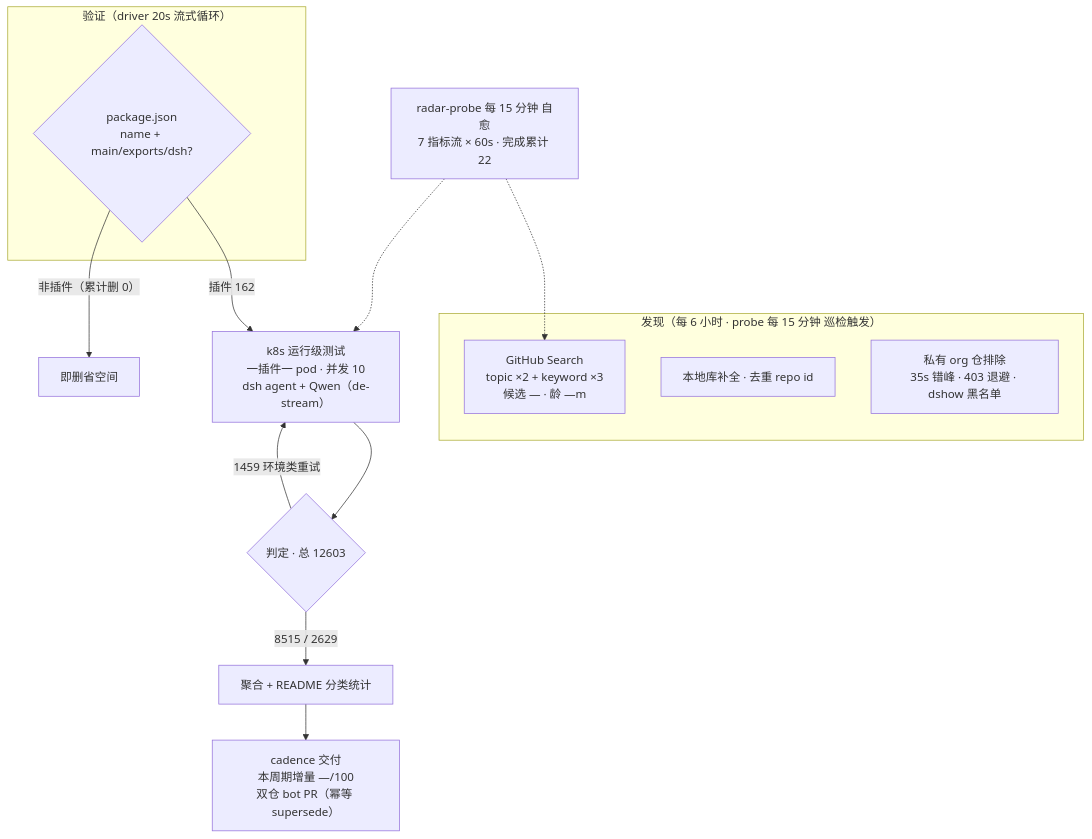
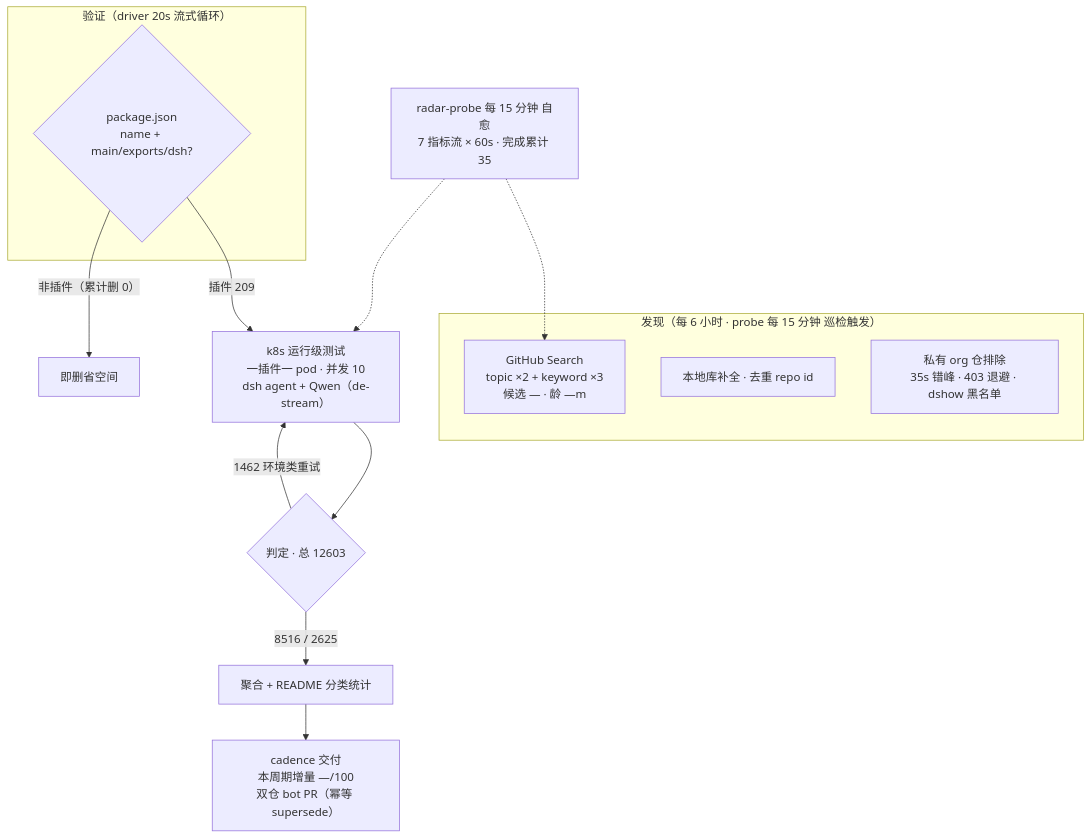
Before and after one commit to AdamPlatin123/awesome-dsh-plugins: the diagram in README.md, drawn with Mermaid. The commit also changed other lines of this file and 5 other files, not shown here.

````diff
--- a/README.md
+++ b/README.md
@@ -52,20 +52,20 @@
 ```mermaid
 flowchart TB
     subgraph Discovery["发现（每 6 小时 · probe 每 15 分钟 巡检触发）"]
         A1["GitHub Search<br/>topic ×2 + keyword ×3<br/>候选 — · 龄 —m"]
         A2["本地库补全 · 去重 repo id"]
         A3["私有 org 仓排除<br/>35s 错峰 · 403 退避 · dshow 黑名单"]
     end
     subgraph Validation["验证（driver 20s 流式循环）"]
         B1{"package.json<br/>name + main/exports/dsh?"}
     end
-    B1 -->|"插件 162"| C1["k8s 运行级测试<br/>一插件一 pod · 并发 10<br/>dsh agent + Qwen（de-stream）"]
+    B1 -->|"插件 209"| C1["k8s 运行级测试<br/>一插件一 pod · 并发 10<br/>dsh agent + Qwen（de-stream）"]
     B1 -->|"非插件（累计删 0）"| B3["即删省空间"]
     C1 --> D1{"判定 · 总 12603"}
-    D1 -->|"8515 / 2629"| E1["聚合 + README 分类统计"]
-    D1 -->|"1459 环境类重试"| C1
+    D1 -->|"8516 / 2625"| E1["聚合 + README 分类统计"]
+    D1 -->|"1462 环境类重试"| C1
     E1 --> E2["cadence 交付<br/>本周期增量 —/100<br/>双仓 bot PR（幂等 supersede）"]
-    M["radar-probe 每 15 分钟 自愈<br/>7 指标流 × 60s · 完成累计 22"]
+    M["radar-probe 每 15 分钟 自愈<br/>7 指标流 × 60s · 完成累计 35"]
     M -.-> A1
     M -.-> C1
 ```
````
